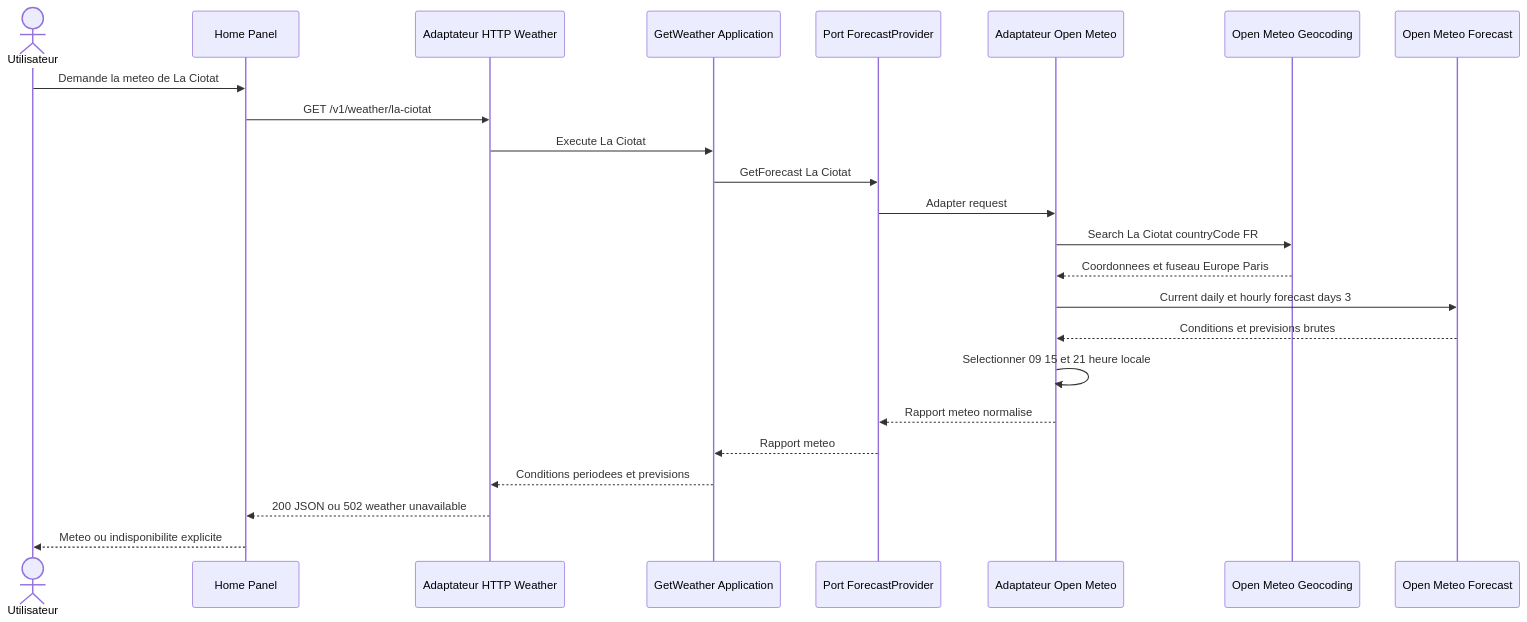
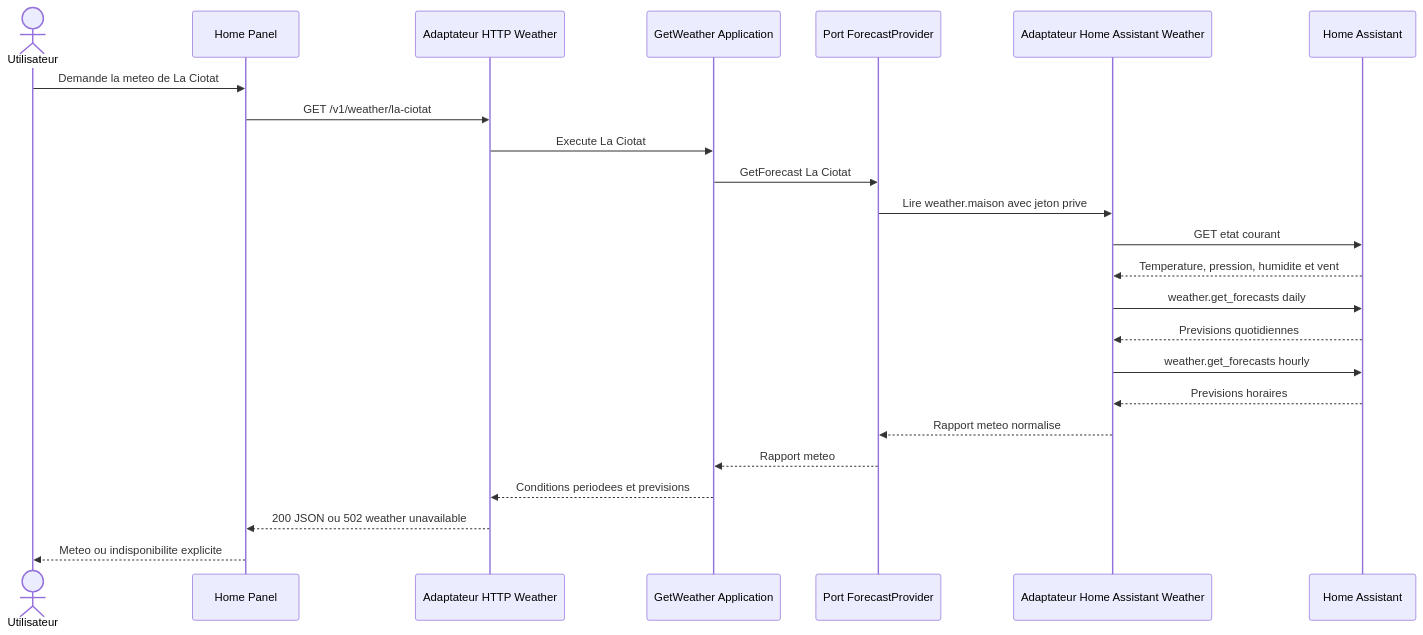
One commit to clementortiz134595/HOME-AI changed the diagram in poles/technique/home-core/diagrammes/sequence-meteo-la-ciotat.mmd. Above: the diagram before and after it, drawn with Mermaid. The commit also changed 11 other files, not shown here.

Commit message:
feat(weather): integre les previsions Home Assistant

```diff
--- a/poles/technique/home-core/diagrammes/sequence-meteo-la-ciotat.mmd
+++ b/poles/technique/home-core/diagrammes/sequence-meteo-la-ciotat.mmd
@@ -1,25 +1,25 @@
 sequenceDiagram
     actor utilisateur as Utilisateur
     participant panel as Home Panel
     participant api as Adaptateur HTTP Weather
     participant usecase as GetWeather Application
     participant provider as Port ForecastProvider
-    participant openMeteo as Adaptateur Open Meteo
-    participant geocoding as Open Meteo Geocoding
-    participant forecast as Open Meteo Forecast
+    participant homeAssistant as Adaptateur Home Assistant Weather
+    participant ha as Home Assistant
 
     utilisateur->>panel: Demande la meteo de La Ciotat
     panel->>api: GET /v1/weather/la-ciotat
     api->>usecase: Execute La Ciotat
     usecase->>provider: GetForecast La Ciotat
-    provider->>openMeteo: Adapter request
-    openMeteo->>geocoding: Search La Ciotat countryCode FR
-    geocoding-->>openMeteo: Coordonnees et fuseau Europe Paris
-    openMeteo->>forecast: Current daily et hourly forecast days 3
-    forecast-->>openMeteo: Conditions et previsions brutes
-    openMeteo->>openMeteo: Selectionner 09 15 et 21 heure locale
-    openMeteo-->>provider: Rapport meteo normalise
+    provider->>homeAssistant: Lire weather.maison avec jeton prive
+    homeAssistant->>ha: GET etat courant
+    ha-->>homeAssistant: Temperature, pression, humidite et vent
+    homeAssistant->>ha: weather.get_forecasts daily
+    ha-->>homeAssistant: Previsions quotidiennes
+    homeAssistant->>ha: weather.get_forecasts hourly
+    ha-->>homeAssistant: Previsions horaires
+    homeAssistant-->>provider: Rapport meteo normalise
     provider-->>usecase: Rapport meteo
     usecase-->>api: Conditions periodees et previsions
     api-->>panel: 200 JSON ou 502 weather unavailable
     panel-->>utilisateur: Meteo ou indisponibilite explicite
```
